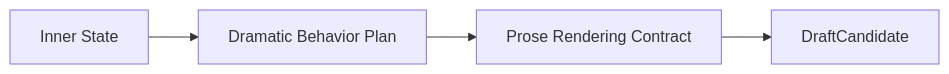
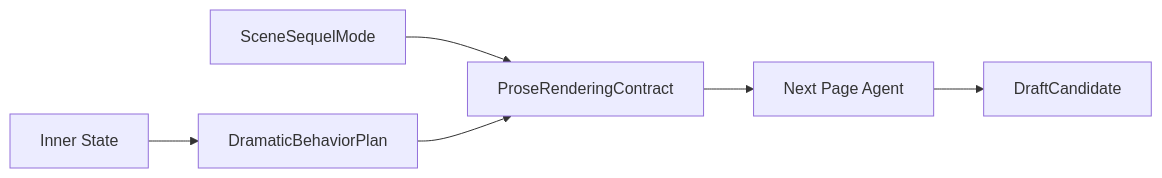
One commit to FrankQDWang/sextantlabs changed the second of 2 diagrams in goals/30-dramatization-layer.md. Above: the diagram before and after it, drawn with Mermaid. The commit also changed other lines of this file, not shown here.

````diff
--- a/goals/30-dramatization-layer.md
+++ b/goals/30-dramatization-layer.md
@@ -140,6 +146,8 @@
 ```mermaid
 flowchart LR
-    A[Inner State] --> B[Dramatic Behavior Plan]
-    B --> C[Prose Rendering Contract]
-    C --> D[DraftCandidate]
+    A[Inner State] --> B[DramaticBehaviorPlan]
+    C[SceneSequelMode] --> D[ProseRenderingContract]
+    B --> D
+    D --> E[Next Page Agent]
+    E --> F[DraftCandidate]
 ```
````
